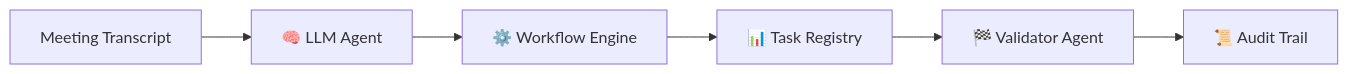
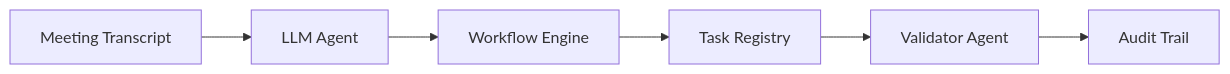
One commit to hindhusharajaram/autonomous-workflow-engine changed the first of 2 diagrams in README.md. Above: the diagram before and after it, drawn with Mermaid. The commit also changed other lines of this file, not shown here.

````diff
--- a/README.md
+++ b/README.md
@@ -39,8 +39,8 @@
 ```mermaid
 flowchart LR
-    A[Meeting Transcript] --> B[🧠 LLM Agent]
-    B --> C[⚙️ Workflow Engine]
-    C --> D[📊 Task Registry]
-    D --> E[🏁 Validator Agent]
-    E --> F[📜 Audit Trail]
+    A[Meeting Transcript] --> B[LLM Agent]
+    B --> C[Workflow Engine]
+    C --> D[Task Registry]
+    D --> E[Validator Agent]
+    E --> F[Audit Trail]
 ```
````
